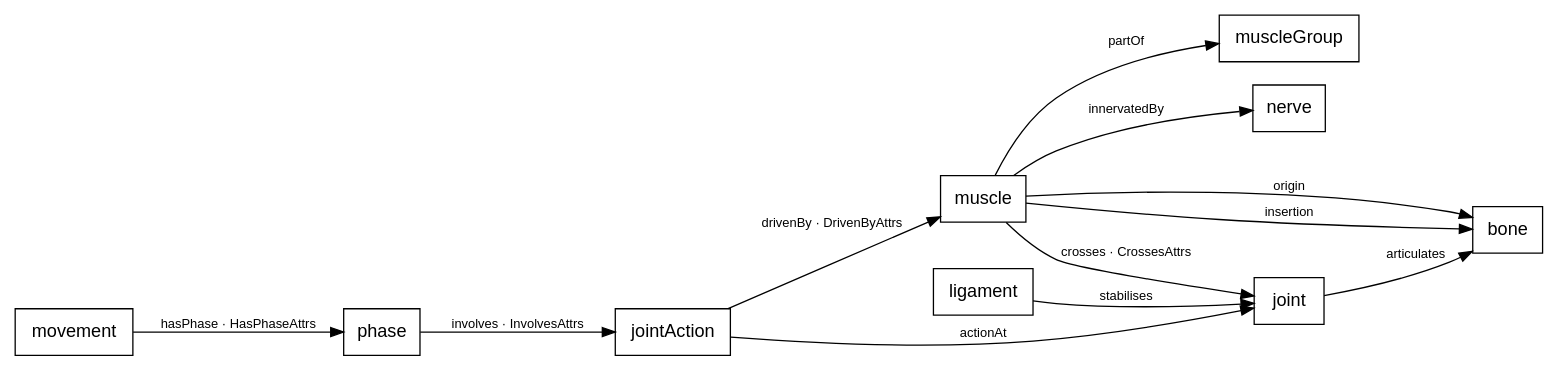
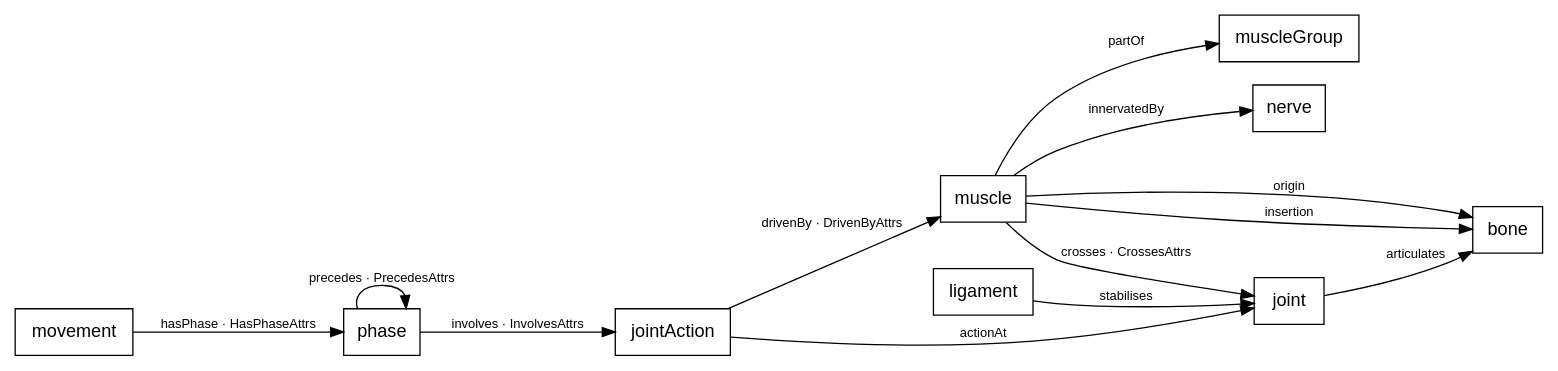
Before and after one commit to argent0/bio-mechanics: the diagram in generated/diagrams/schema.dot, drawn with Graphviz. The commit also changed 19 other files, not shown here.

Commit message:
Phase cycle: precedes edges and a cycle layout The phase order lives in the graph and shows in Explore

```diff
--- a/generated/diagrams/schema.dot
+++ b/generated/diagrams/schema.dot
@@ -1,26 +1,27 @@
 // Generated by `lake exe gen` from spec/BioMech/Schema.lean. Edit the Lean source, then regenerate: cd spec && lake exe gen
 digraph schema {
   rankdir=LR;
   node [shape=box, fontname="Helvetica"];
   edge [fontname="Helvetica", fontsize=10];
   "bone" [label="bone"];
   "joint" [label="joint"];
   "muscle" [label="muscle"];
   "muscleGroup" [label="muscleGroup"];
   "ligament" [label="ligament"];
   "nerve" [label="nerve"];
   "movement" [label="movement"];
   "phase" [label="phase"];
   "jointAction" [label="jointAction"];
   "muscle" -> "bone" [label="origin"];
   "muscle" -> "bone" [label="insertion"];
   "muscle" -> "joint" [label="crosses · CrossesAttrs"];
   "muscle" -> "muscleGroup" [label="partOf"];
   "muscle" -> "nerve" [label="innervatedBy"];
   "ligament" -> "joint" [label="stabilises"];
   "joint" -> "bone" [label="articulates"];
   "movement" -> "phase" [label="hasPhase · HasPhaseAttrs"];
+  "phase" -> "phase" [label="precedes · PrecedesAttrs"];
   "phase" -> "jointAction" [label="involves · InvolvesAttrs"];
   "jointAction" -> "joint" [label="actionAt"];
   "jointAction" -> "muscle" [label="drivenBy · DrivenByAttrs"];
 }
```
